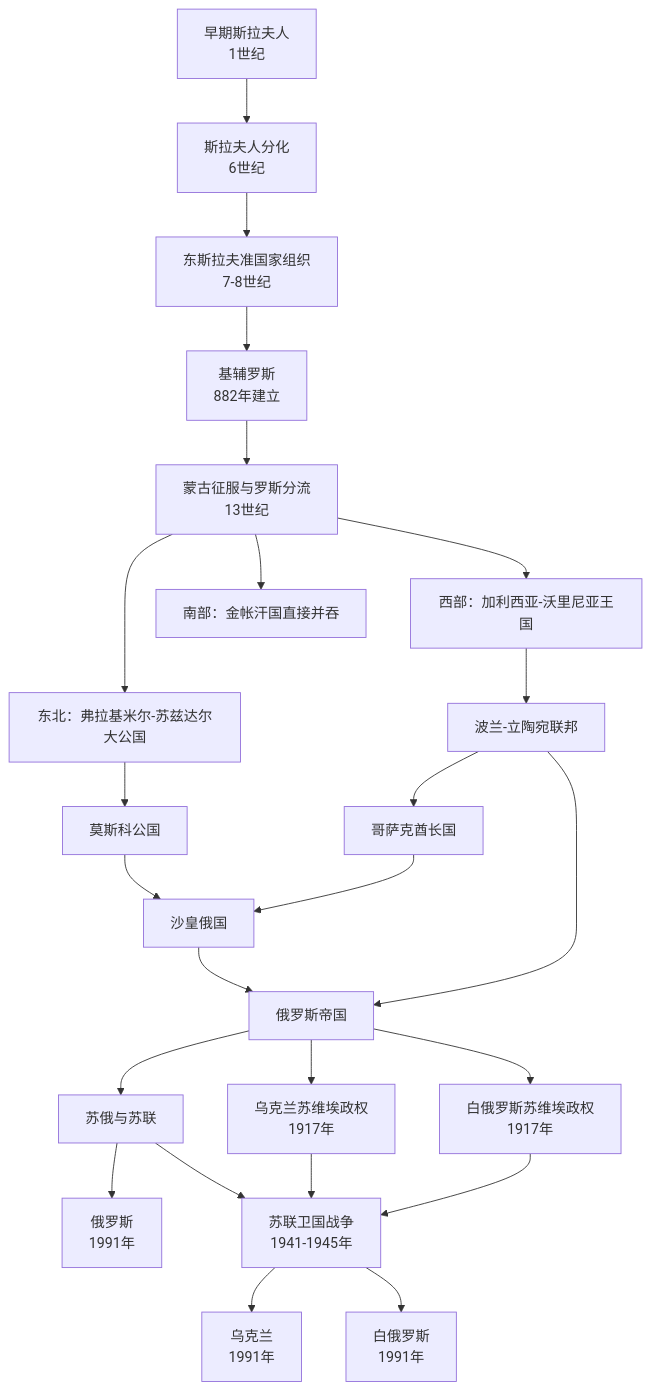
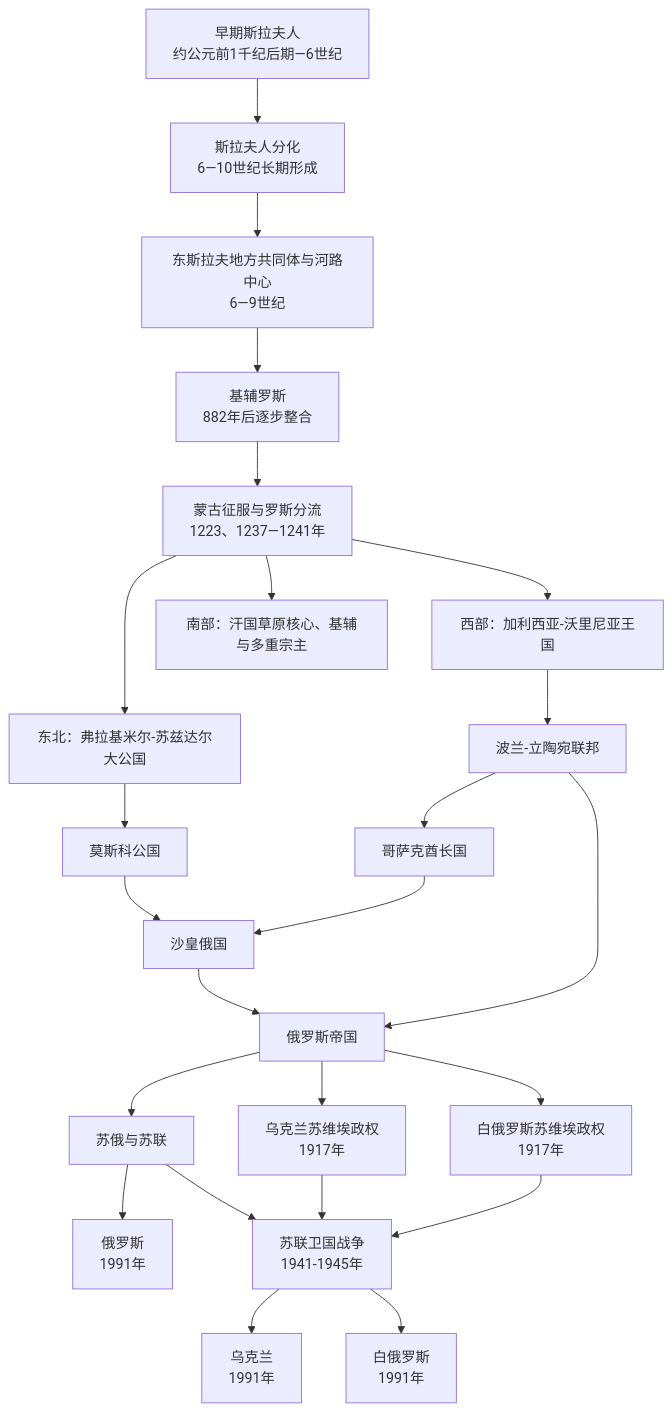
One commit to tianlan-dev/learning-notes changed the diagram in 人文科学/历史/欧洲/斯拉夫/东斯拉夫/README.md. Above: the diagram before and after it, drawn with Mermaid. The commit also changed other lines of this file and 1417 other files, not shown here.

````diff
--- a/人文科学/历史/欧洲/斯拉夫/东斯拉夫/README.md
+++ b/人文科学/历史/欧洲/斯拉夫/东斯拉夫/README.md
@@ -9,30 +9,30 @@
 ```mermaid
 flowchart TD
-    A["早期斯拉夫人<br/>1世纪"] --> B["斯拉夫人分化<br/>6世纪"]
-    B --> C["东斯拉夫准国家组织<br/>7-8世纪"]
-    C --> D["基辅罗斯<br/>882年建立"]
-    D --> E["蒙古征服与罗斯分流<br/>13世纪"]
+    A["早期斯拉夫人<br/>约公元前1千纪后期—6世纪"] --> B["斯拉夫人分化<br/>6—10世纪长期形成"]
+    B --> C["东斯拉夫地方共同体与河路中心<br/>6—9世纪"]
+    C --> D["基辅罗斯<br/>882年后逐步整合"]
+    D --> E["蒙古征服与罗斯分流<br/>1223、1237—1241年"]
 
     E --> F["东北：弗拉基米尔-苏兹达尔大公国"]
     F --> G["莫斯科公国"]
     G --> H["沙皇俄国"]
     H --> I["俄罗斯帝国"]
     I --> J["苏俄与苏联"]
     J --> K["俄罗斯<br/>1991年"]
 
     E --> L["西部：加利西亚-沃里尼亚王国"]
     L --> M["波兰-立陶宛联邦"]
     M --> N["哥萨克酋长国"]
     N --> H
     M --> I
 
-    E --> O["南部：金帐汗国直接并吞"]
+    E --> O["南部：汗国草原核心、基辅与多重宗主"]
 
     I --> P["乌克兰苏维埃政权<br/>1917年"]
     I --> Q["白俄罗斯苏维埃政权<br/>1917年"]
     J --> R["苏联卫国战争<br/>1941-1945年"]
     P --> R
     Q --> R
     R --> S["乌克兰<br/>1991年"]
     R --> T["白俄罗斯<br/>1991年"]
 ```
````
